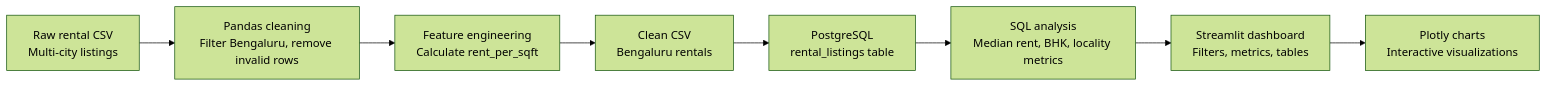
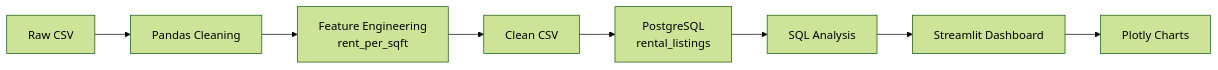
The diagram in README.md (kritii10/RentScope), drawn with Mermaid (forest theme) before and after one commit. The commit also changed other lines of this file and 9 other files, not shown here.

Commit message:
Simplify RentScope dashboard

````diff
--- a/README.md
+++ b/README.md
@@ -60,10 +52,10 @@
 ```mermaid
 flowchart LR
-    A["Raw rental CSV<br/>Multi-city listings"] --> B["Pandas cleaning<br/>Filter Bengaluru, remove invalid rows"]
-    B --> C["Feature engineering<br/>Calculate rent_per_sqft"]
-    C --> D["Clean CSV<br/>Bengaluru rentals"]
-    D --> E["PostgreSQL<br/>rental_listings table"]
-    E --> F["SQL analysis<br/>Median rent, BHK, locality metrics"]
-    F --> G["Streamlit dashboard<br/>Filters, metrics, tables"]
-    G --> H["Plotly charts<br/>Interactive visualizations"]
+    A["Raw CSV"] --> B["Pandas Cleaning"]
+    B --> C["Feature Engineering<br/>rent_per_sqft"]
+    C --> D["Clean CSV"]
+    D --> E["PostgreSQL<br/>rental_listings"]
+    E --> F["SQL Analysis"]
+    F --> G["Streamlit Dashboard"]
+    G --> H["Plotly Charts"]
 ```
````
